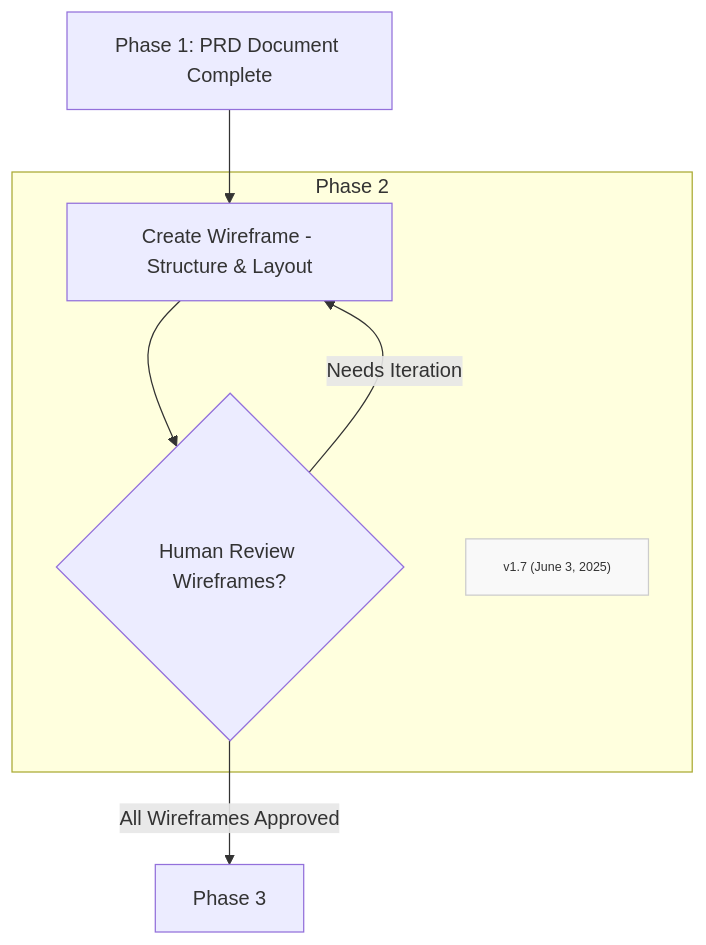
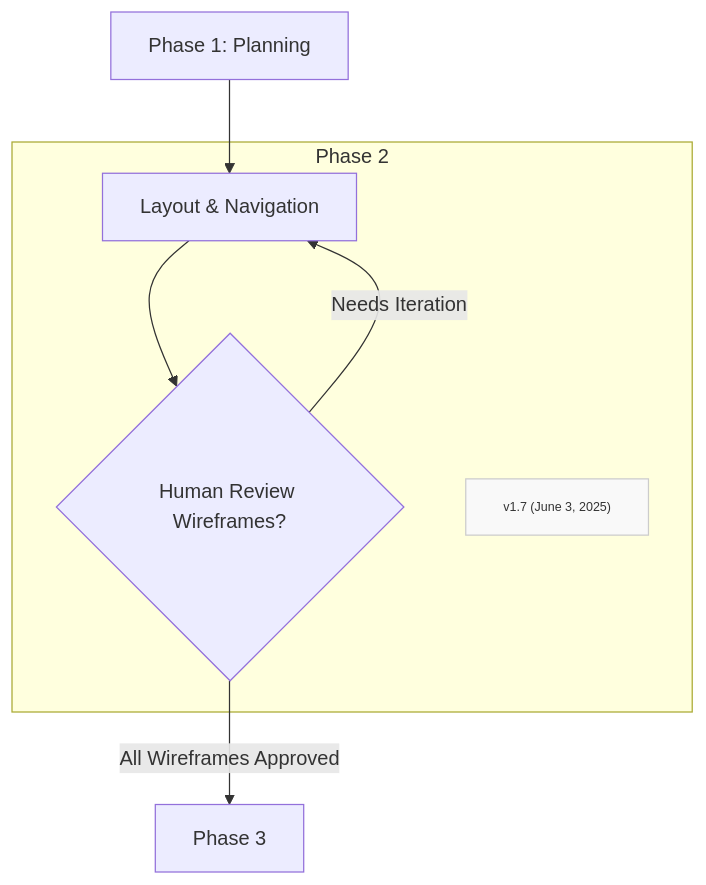
The diagram in Phases/FF-phase2.md (Mharbulous/Front-First-Method), drawn with Mermaid before and after one commit. The commit also changed 7 other files, not shown here.

````diff
--- a/Phases/FF-phase2.md
+++ b/Phases/FF-phase2.md
@@ -3,15 +3,15 @@
 ```mermaid
 graph TD
     
-    B1["Phase 1: PRD Document Complete"] --> B2["Create Wireframe - Structure & Layout"]    
+    B1["Phase 1: Planning"] --> B2["Layout & Navigation"]    
     subgraph Phase2["Phase 2"]
         B2 --> B2_Val{"Human Review Wireframes?"}
         B2_Val -->|Needs Iteration| B2
         Version["v1.7 (June 3, 2025)"]
         classDef version fill:#f9f9f9,stroke:#ccc,font-size:10px
         class Version version
     end
 B2_Val -->|All Wireframes Approved| B3["Phase 3"]
 
 
 ```
````
